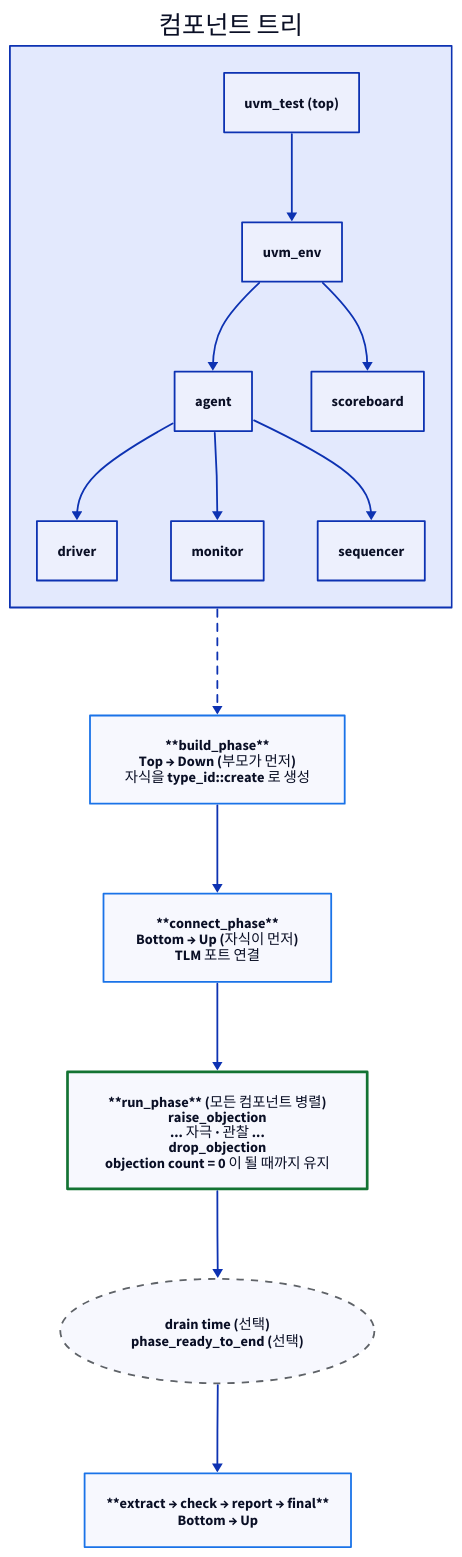
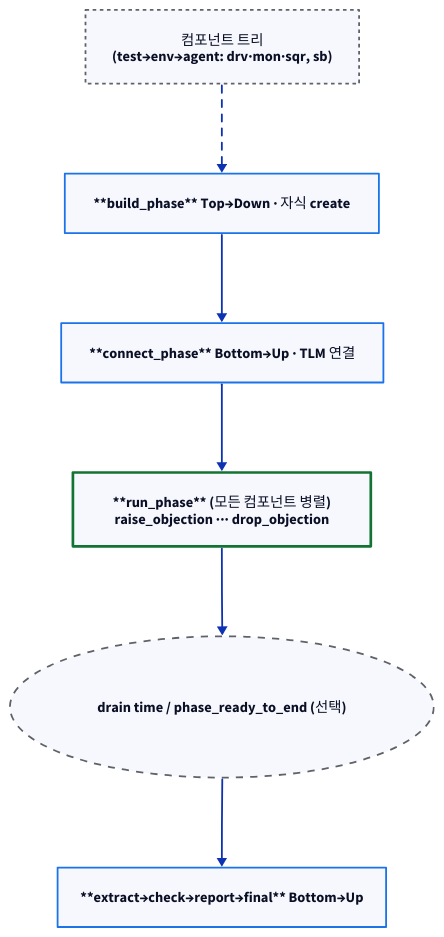
The first of 3 diagrams in topics/uvm/docs/01_architecture_and_phase.md (humbleowl39/DV_SKOOL), drawn with D2 before and after one commit. The commit also changed other lines of this file and 90 other files, not shown here.

First line of the commit message:
docs: 전 토픽 다이어그램 정비 — ASCII→D2, mermaid→D2, 과대 D2 가시성 수정

````diff
--- a/topics/uvm/docs/01_architecture_and_phase.md
+++ b/topics/uvm/docs/01_architecture_and_phase.md
@@ -76,31 +76,16 @@
 ```d2
 direction: down
 
-TREE: "컴포넌트 트리" {
-  T: "uvm_test (top)"
-  E: uvm_env
-  A: agent
-  SB: scoreboard
-  DRV: driver
-  MON: monitor
-  SQR: sequencer
-  T -> E
-  E -> A
-  E -> SB
-  A -> DRV
-  A -> MON
-  A -> SQR
-}
-
-BUILD: "**build_phase**\nTop → Down (부모가 먼저)\n자식을 type_id::create 로 생성" { style.stroke: "#1a73e8"; style.stroke-width: 2 }
-CONNECT: "**connect_phase**\nBottom → Up (자식이 먼저)\nTLM 포트 연결" { style.stroke: "#1a73e8"; style.stroke-width: 2 }
-RUN: "**run_phase** (모든 컴포넌트 병렬)\nraise_objection\n... 자극 · 관찰 ...\ndrop_objection\nobjection count = 0 이 될 때까지 유지" { style.stroke: "#137333"; style.stroke-width: 3 }
-DRAIN: "drain time (선택)\nphase_ready_to_end (선택)" { shape: oval; style.stroke: "#5f6368"; style.stroke-dash: 4 }
-CLEAN: "**extract → check → report → final**\nBottom → Up" { style.stroke: "#1a73e8"; style.stroke-width: 2 }
+TREE: "컴포넌트 트리\n(test→env→agent: drv·mon·sqr, sb)" { style.stroke: "#5f6368"; style.stroke-dash: 2 }
+BUILD: "**build_phase** Top→Down · 자식 create" { style.stroke: "#1a73e8"; style.stroke-width: 2 }
+CONNECT: "**connect_phase** Bottom→Up · TLM 연결" { style.stroke: "#1a73e8"; style.stroke-width: 2 }
+RUN: "**run_phase** (모든 컴포넌트 병렬)\nraise_objection ··· drop_objection" { style.stroke: "#137333"; style.stroke-width: 3 }
+DRAIN: "drain time / phase_ready_to_end (선택)" { shape: oval; style.stroke: "#5f6368"; style.stroke-dash: 4 }
+CLEAN: "**extract→check→report→final** Bottom→Up" { style.stroke: "#1a73e8"; style.stroke-width: 2 }
 
 TREE -> BUILD: { style.stroke-dash: 4 }
 BUILD -> CONNECT
 CONNECT -> RUN
 RUN -> DRAIN
 DRAIN -> CLEAN
 ```
````
